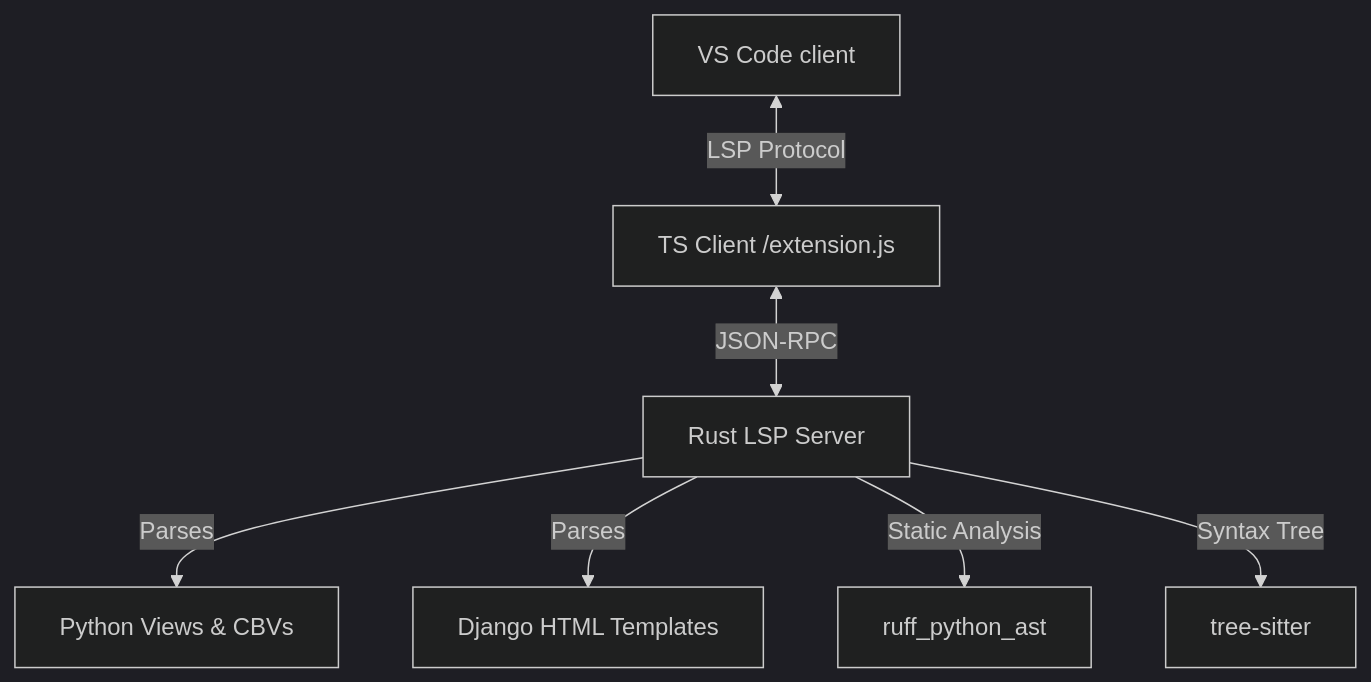
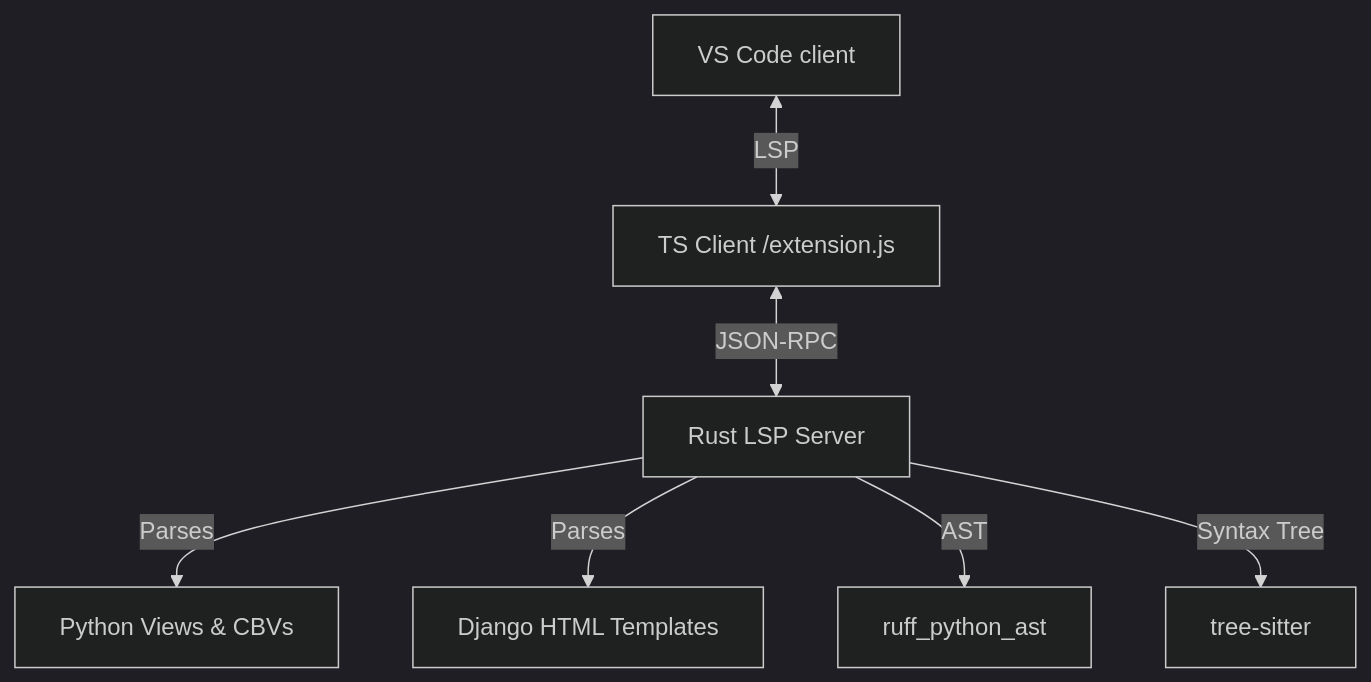
The diagram in README.md (JhonatanRian/django-ide-extension), drawn with Mermaid (dark theme) before and after one commit. The commit also changed other lines of this file and 1 other file, not shown here.

````diff
--- a/README.md
+++ b/README.md
@@ -43,9 +47,9 @@
 ```mermaid
 graph TD
-    VSCode[VS Code client] <-->|LSP Protocol| LSP[TS Client /extension.js]
+    VSCode[VS Code client] <-->|LSP| LSP[TS Client /extension.js]
     LSP <-->|JSON-RPC| Server[Rust LSP Server]
     Server -->|Parses| Python[Python Views & CBVs]
     Server -->|Parses| Templates[Django HTML Templates]
-    Server -->|Static Analysis| Ruff[ruff_python_ast]
+    Server -->|AST| Ruff[ruff_python_ast]
     Server -->|Syntax Tree| TS[tree-sitter]
 ```
````
